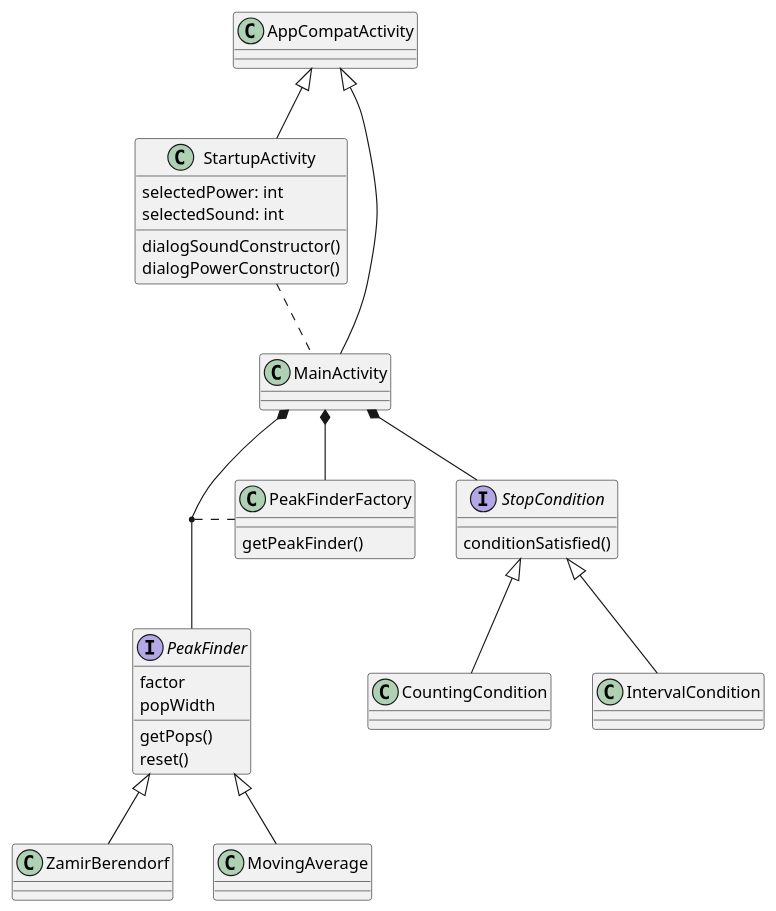
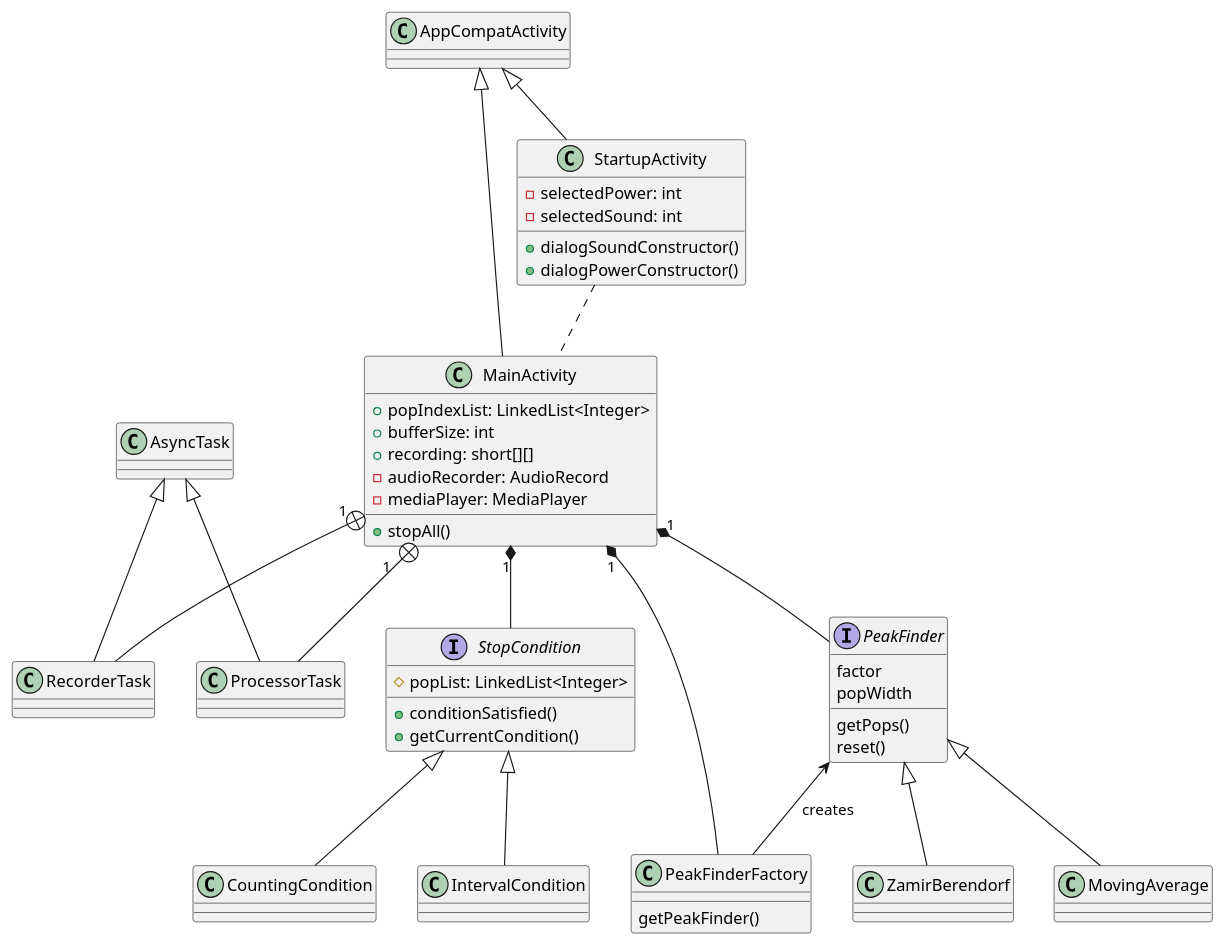
Before and after one commit to BerIgor/Robopop: the diagram in UML/class_diagram.puml, drawn with PlantUML. The commit also changed 2 other files, not shown here.

Commit message:
Corrected UML diagrams

```diff
--- a/UML/class_diagram.puml
+++ b/UML/class_diagram.puml
@@ -1,43 +1,63 @@
 @startuml
 
 class AppCompatActivity
 AppCompatActivity <|-- StartupActivity
 AppCompatActivity <|-- MainActivity
 
 class StartupActivity {
-    selectedPower: int
-    selectedSound: int
-    dialogSoundConstructor()
-    dialogPowerConstructor()
+    -selectedPower: int
+    -selectedSound: int
+    +dialogSoundConstructor()
+    +dialogPowerConstructor()
 }
 StartupActivity .. MainActivity
-class MainActivity
-MainActivity *-- StopCondition
-MainActivity *-- PeakFinder
-MainActivity *-- PeakFinderFactory
+
+class MainActivity {
+    +popIndexList: LinkedList<Integer>
+    +bufferSize: int
+    +recording: short[][]
+    -audioRecorder: AudioRecord
+    -mediaPlayer: MediaPlayer
+    +stopAll()
+}
+class RecorderTask
+class ProcessorTask
+MainActivity "1  " +-- RecorderTask
+MainActivity "1    " +-- ProcessorTask
+MainActivity "1" *-- StopCondition
+MainActivity "1" *-- PeakFinder
+MainActivity "1" *-- PeakFinderFactory
 
 interface StopCondition {
-    conditionSatisfied()
+    #popList: LinkedList<Integer>
+    +conditionSatisfied()
+    +getCurrentCondition()
 }
 class CountingCondition
 class IntervalCondition
 StopCondition <|-- CountingCondition
 StopCondition <|-- IntervalCondition
 
 interface PeakFinder {
     getPops()
     reset()
     factor
     popWidth
 }
 class PeakFinderFactory {
     getPeakFinder()
 }
 class ZamirBerendorf
 class MovingAverage
-(PeakFinder, MainActivity) .. PeakFinderFactory
+PeakFinder <-- PeakFinderFactory: creates
 PeakFinder <|-- ZamirBerendorf
 PeakFinder <|-- MovingAverage
 
+class AsyncTask
+
+AsyncTask <|-- RecorderTask
+AsyncTask <|-- ProcessorTask
+
+
 
 @enduml
```
